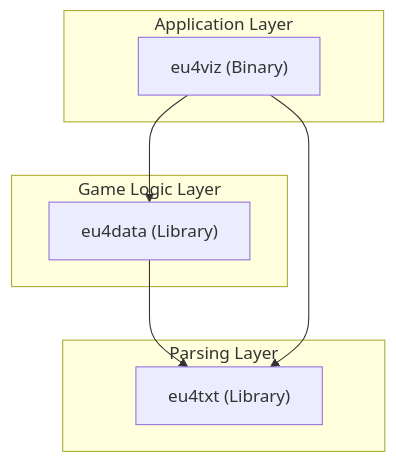
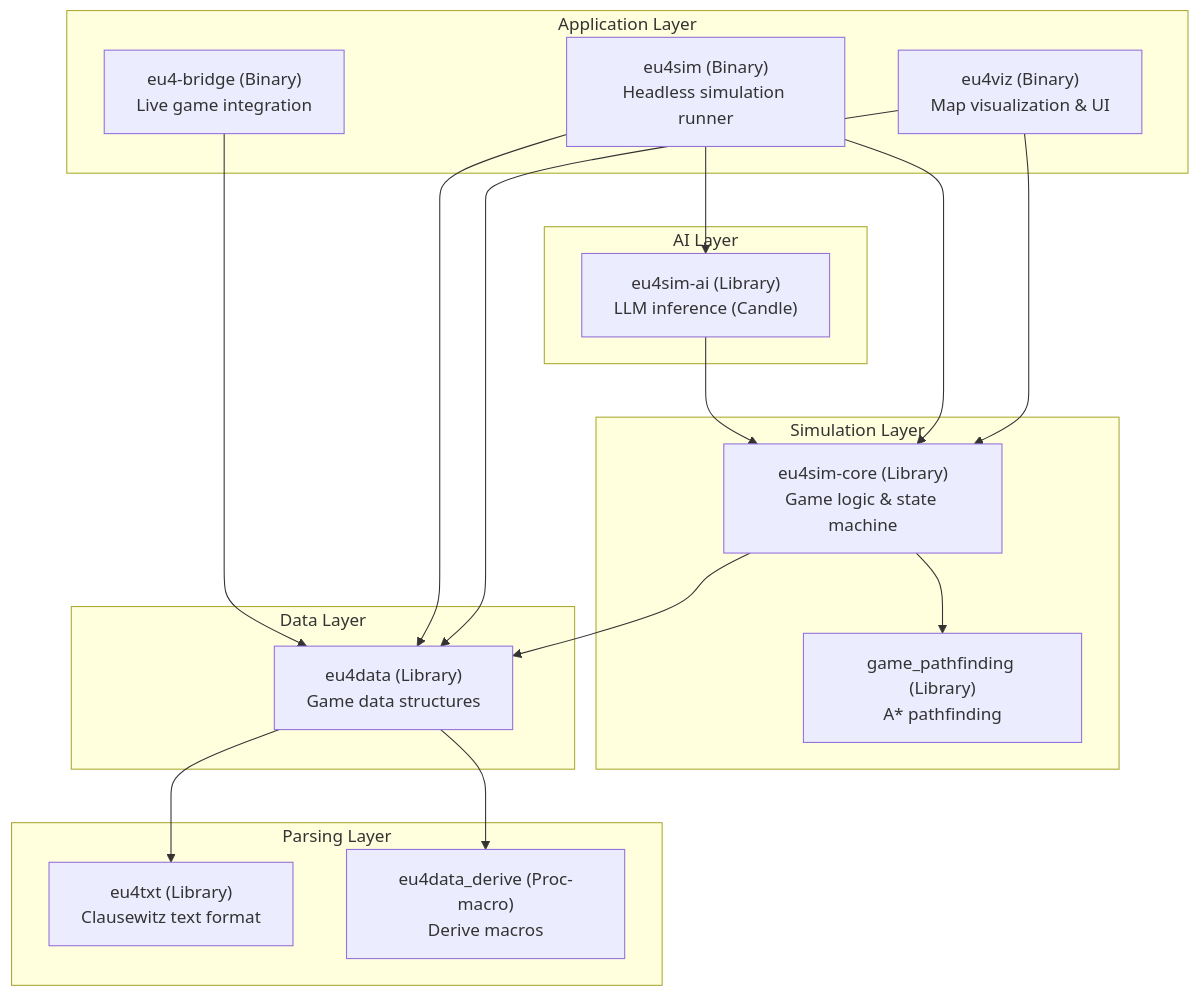
One commit to atvrager/eu4rs changed the first of 5 diagrams in docs/design/architecture.md. Above: the diagram before and after it, drawn with Mermaid. The commit also changed other lines of this file and 1 other file, not shown here.

First line of the commit message:
fix(ml): update Python loader for multi-command Cap'n Proto schema

````diff
--- a/docs/design/architecture.md
+++ b/docs/design/architecture.md
@@ -9,18 +9,40 @@
 ```mermaid
 graph TD
     subgraph "Application Layer"
-        EU4VIZ["eu4viz (Binary)"]
+        EU4VIZ["eu4viz (Binary)<br/>Map visualization & UI"]
+        EU4SIM["eu4sim (Binary)<br/>Headless simulation runner"]
+        EU4BRIDGE["eu4-bridge (Binary)<br/>Live game integration"]
     end
 
-    subgraph "Game Logic Layer"
-        DATA["eu4data (Library)"]
+    subgraph "AI Layer"
+        AI["eu4sim-ai (Library)<br/>LLM inference (Candle)"]
+    end
+
+    subgraph "Simulation Layer"
+        CORE["eu4sim-core (Library)<br/>Game logic & state machine"]
+        PATH["game_pathfinding (Library)<br/>A* pathfinding"]
+    end
+
+    subgraph "Data Layer"
+        DATA["eu4data (Library)<br/>Game data structures"]
     end
 
     subgraph "Parsing Layer"
-        TXT["eu4txt (Library)"]
+        TXT["eu4txt (Library)<br/>Clausewitz text format"]
+        DERIVE["eu4data_derive (Proc-macro)<br/>Derive macros"]
     end
 
+    EU4VIZ --> CORE
     EU4VIZ --> DATA
+    EU4SIM --> CORE
+    EU4SIM --> AI
+    EU4SIM --> DATA
+    EU4BRIDGE --> DATA
+
+    CORE --> DATA
+    CORE --> PATH
+    AI --> CORE
+
     DATA --> TXT
-    EU4VIZ --> TXT
+    DATA --> DERIVE
 ```
````
